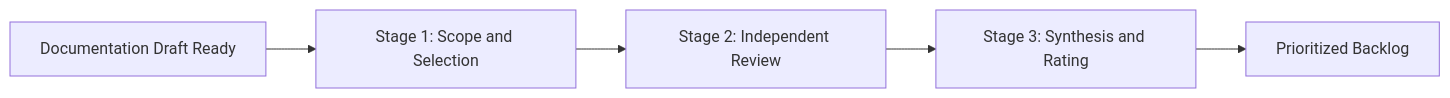
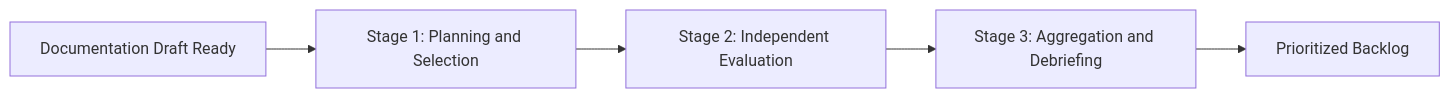
Before and after one commit to vaishvanara/techwritingkb: the diagram in docs/industry-terms/heuristic-evaluation.md, drawn with Mermaid. The commit also changed other lines of this file and 51 other files, not shown here.

````diff
--- a/docs/industry-terms/heuristic-evaluation.md
+++ b/docs/industry-terms/heuristic-evaluation.md
@@ -43,7 +43,7 @@
 ```mermaid
 graph LR
-    Trigger[Documentation Draft Ready] --> S1[Stage 1: Scope and Selection]
-    S1 --> S2[Stage 2: Independent Review]
-    S2 --> S3[Stage 3: Synthesis and Rating]
+    Trigger[Documentation Draft Ready] --> S1[Stage 1: Planning and Selection]
+    S1 --> S2[Stage 2: Independent Evaluation]
+    S2 --> S3[Stage 3: Aggregation and Debriefing]
     S3 --> Outcome[Prioritized Backlog]
 ```
````
